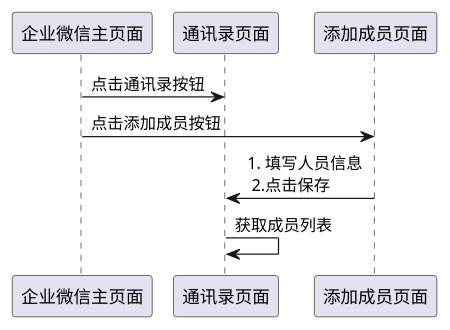
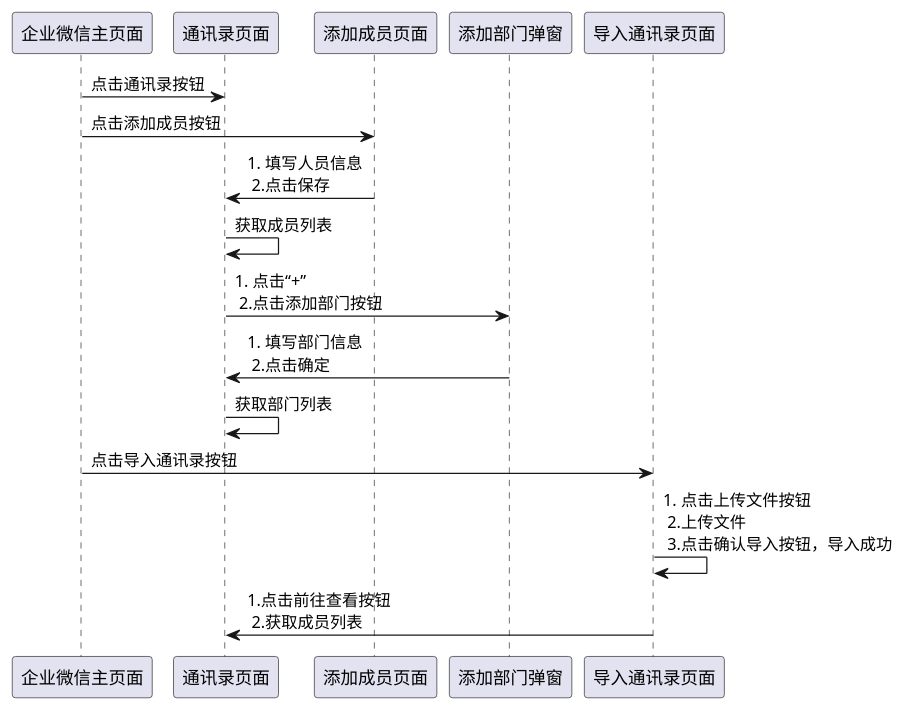
One commit to Toyaya/ceshiren-test-project changed the diagram in pytest_project/demo_test0418/test_web_wechat/测试用例.puml. Above: the diagram before and after it, drawn with PlantUML. The commit also changed 17 other files, not shown here.

```diff
--- a/pytest_project/demo_test0418/test_web_wechat/测试用例.puml
+++ b/pytest_project/demo_test0418/test_web_wechat/测试用例.puml
@@ -1,13 +1,22 @@
 @startuml
-
 participant 企业微信主页面 as main
 
 participant 通讯录页面 as contact
 
 participant 添加成员页面 as add_member
 
+participant 添加部门弹窗 as add_party
+
+participant 导入通讯录页面 as add_address
+
 main -> contact: 点击通讯录按钮
 main -> add_member: 点击添加成员按钮
 add_member -> contact : 1. 填写人员信息 \n 2.点击保存
 contact -> contact: 获取成员列表
+contact -> add_party: 1. 点击“+” \n 2.点击添加部门按钮
+add_party -> contact: 1. 填写部门信息 \n 2.点击确定
+contact -> contact: 获取部门列表
+main -> add_address: 点击导入通讯录按钮
+add_address -> add_address: 1. 点击上传文件按钮 \n 2.上传文件 \n 3.点击确认导入按钮，导入成功
+add_address -> contact: 1.点击前往查看按钮 \n 2.获取成员列表
 @enduml
```
